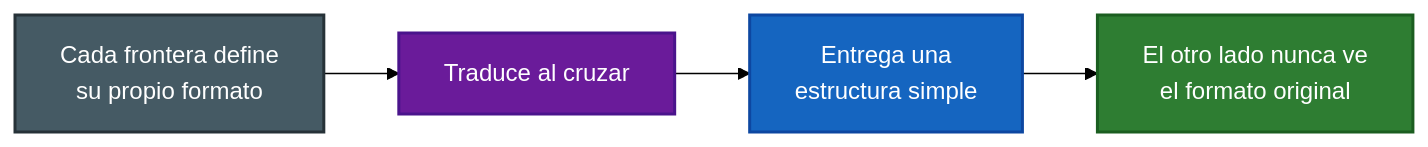
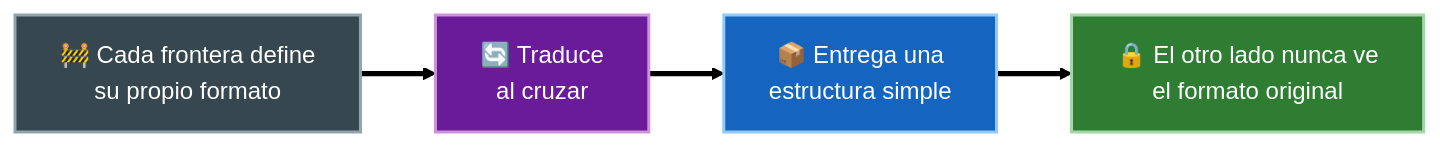
Before and after one commit to JavierMachucaA/clean-architecture-guia: the fifth of 5 diagrams in 08-la-arquitectura-limpia/04-datos-que-cruzan-fronteras.md, drawn with Mermaid (forest theme). The commit also changed other lines of this file and 45 other files, not shown here.

````diff
--- a/08-la-arquitectura-limpia/04-datos-que-cruzan-fronteras.md
+++ b/08-la-arquitectura-limpia/04-datos-que-cruzan-fronteras.md
@@ -70,9 +94,9 @@
 ```mermaid
 flowchart LR
-    A["Cada frontera define<br/>su propio formato"] --> B["Traduce al cruzar"] --> C["Entrega una<br/>estructura simple"] --> D["El otro lado nunca ve<br/>el formato original"]
+    A["🚧 Cada frontera define<br/>su propio formato"] ==> B["🔄 Traduce<br/>al cruzar"] ==> C["📦 Entrega una<br/>estructura simple"] ==> D["🔒 El otro lado nunca ve<br/>el formato original"]
 
-    style A fill:#455a64,stroke:#263238,stroke-width:2px,color:#fff
-    style B fill:#6a1b9a,stroke:#4a148c,stroke-width:2px,color:#fff
-    style C fill:#1565c0,stroke:#0d47a1,stroke-width:2px,color:#fff
-    style D fill:#2e7d32,stroke:#1b5e20,stroke-width:2px,color:#fff
+    style A fill:#37474f,stroke:#90a4ae,stroke-width:2px,color:#fff
+    style B fill:#6a1b9a,stroke:#ce93d8,stroke-width:2px,color:#fff
+    style C fill:#1565c0,stroke:#90caf9,stroke-width:2px,color:#fff
+    style D fill:#2e7d32,stroke:#a5d6a7,stroke-width:2px,color:#fff
 ```
````
